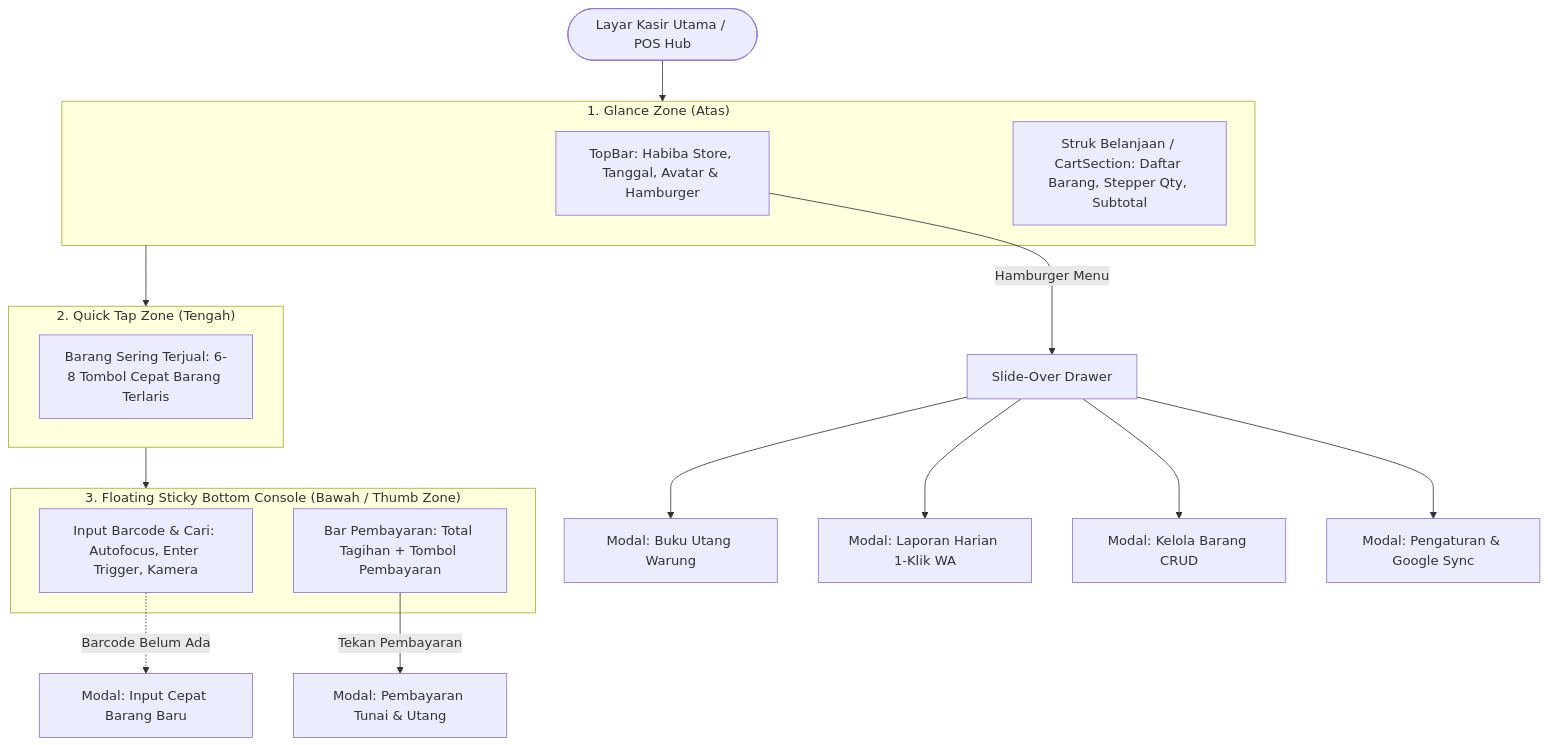
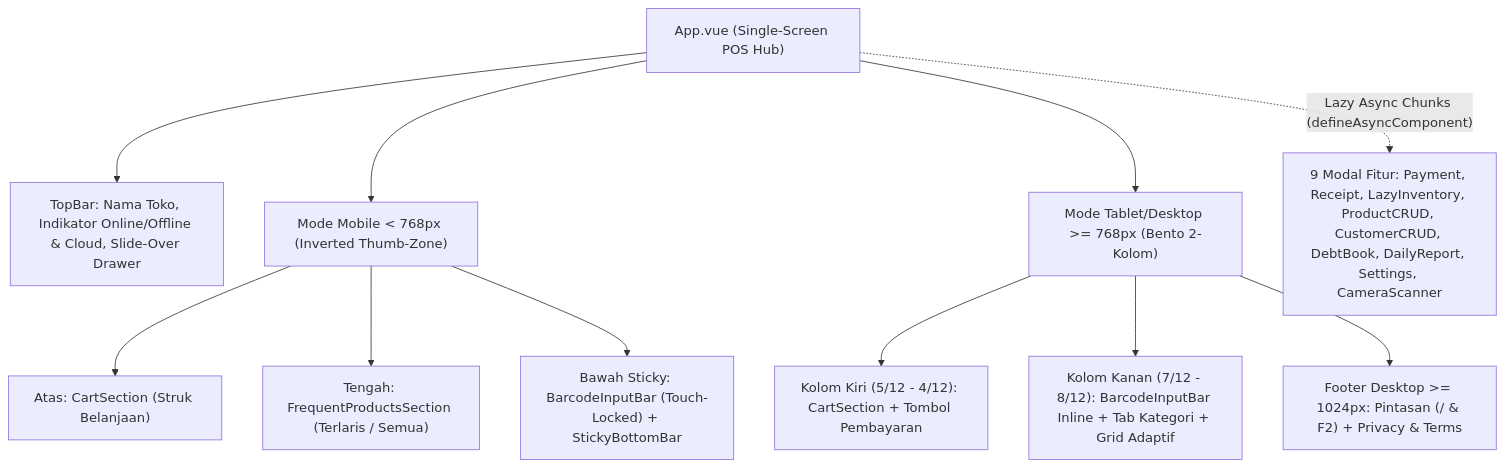
The diagram in PRD_v2.0.md (yodi-dev/kasiry), drawn with Mermaid before and after one commit. The commit also changed other lines of this file and 5 other files, not shown here.

````diff
--- a/PRD_v2.0.md
+++ b/PRD_v2.0.md
@@ -65,31 +55,17 @@
 ```mermaid
 flowchart TD
-    App([Layar Kasir Utama / POS Hub])
-    
-    subgraph TopSection["1. Glance Zone (Atas)"]
-        TopBar[TopBar: Habiba Store, Tanggal, Avatar & Hamburger]
-        Cart[Struk Belanjaan / CartSection: Daftar Barang, Stepper Qty, Subtotal]
-    end
-    
-    subgraph MiddleSection["2. Quick Tap Zone (Tengah)"]
-        Frequent[Barang Sering Terjual: 6-8 Tombol Cepat Barang Terlaris]
-    end
-    
-    subgraph BottomSection["3. Floating Sticky Bottom Console (Bawah / Thumb Zone)"]
-        BarcodeInput[Input Barcode & Cari: Autofocus, Enter Trigger, Kamera]
-        CheckoutBar[Bar Pembayaran: Total Tagihan + Tombol Pembayaran]
-    end
-    
-    App --> TopSection
-    TopSection --> MiddleSection
-    MiddleSection --> BottomSection
-    
-    BarcodeInput -.->|Barcode Belum Ada| ModalLazy[Modal: Input Cepat Barang Baru]
-    CheckoutBar -->|Tekan Pembayaran| ModalPay[Modal: Pembayaran Tunai & Utang]
-    
-    TopBar -->|Hamburger Menu| Drawer[Slide-Over Drawer]
-    Drawer --> ModalDebt[Modal: Buku Utang Warung]
-    Drawer --> ModalReport[Modal: Laporan Harian 1-Klik WA]
-    Drawer --> ModalProduct[Modal: Kelola Barang CRUD]
-    Drawer --> ModalSettings[Modal: Pengaturan & Google Sync]
+    App["App.vue (Single-Screen POS Hub)"]
+    App --> TopBar["TopBar: Nama Toko, Indikator Online/Offline & Cloud, Slide-Over Drawer"]
+    App --> MobileMode["Mode Mobile < 768px (Inverted Thumb-Zone)"]
+    App --> DesktopMode["Mode Tablet/Desktop >= 768px (Bento 2-Kolom)"]
+
+    MobileMode --> M_Cart["Atas: CartSection (Struk Belanjaan)"]
+    MobileMode --> M_Freq["Tengah: FrequentProductsSection (Terlaris / Semua)"]
+    MobileMode --> M_Dock["Bawah Sticky: BarcodeInputBar (Touch-Locked) + StickyBottomBar"]
+
+    DesktopMode --> D_Left["Kolom Kiri (5/12 - 4/12): CartSection + Tombol Pembayaran"]
+    DesktopMode --> D_Right["Kolom Kanan (7/12 - 8/12): BarcodeInputBar Inline + Tab Kategori + Grid Adaptif"]
+    DesktopMode --> D_Foot["Footer Desktop >= 1024px: Pintasan (/ & F2) + Privacy & Terms"]
+
+    App -.->|"Lazy Async Chunks (defineAsyncComponent)"| Modals["9 Modal Fitur: Payment, Receipt, LazyInventory, ProductCRUD, CustomerCRUD, DebtBook, DailyReport, Settings, CameraScanner"]
 ```
````
